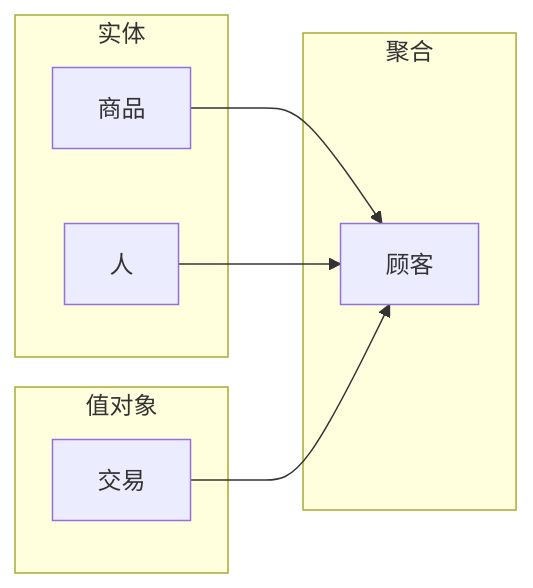
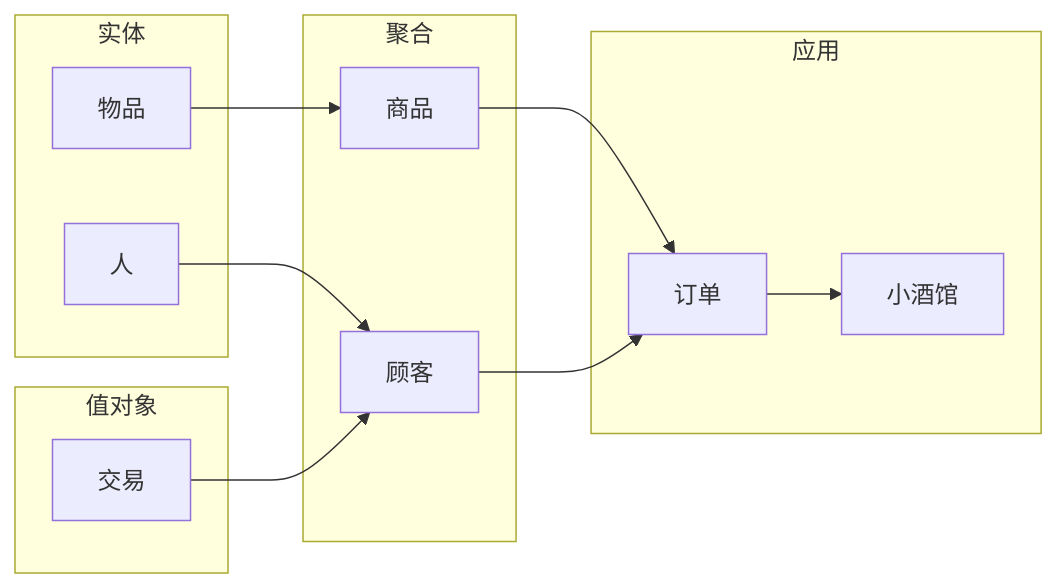
One commit to StoneRen/go-ddd-tavern changed the diagram in ReadMe.md. Above: the diagram before and after it, drawn with Mermaid. The commit also changed other lines of this file and 3 other files, not shown here.

````diff
--- a/ReadMe.md
+++ b/ReadMe.md
@@ -20,20 +19,32 @@
 ```mermaid
 flowchart LR
 
 subgraph 实体
-item[商品]
+item[物品]
 person[人]
 end
 
 subgraph 值对象
 transaction[交易]
 end
 
 subgraph 聚合
 customer[顾客]
+product[商品]
 end
 
-item --> customer
+subgraph 应用
+order[订单]
+tavern[小酒馆]
+end
+
+item --> product
 person --> customer
 transaction --> customer
+
+product --> order
+customer --> order
+
+order --> tavern
+
 ```
````
